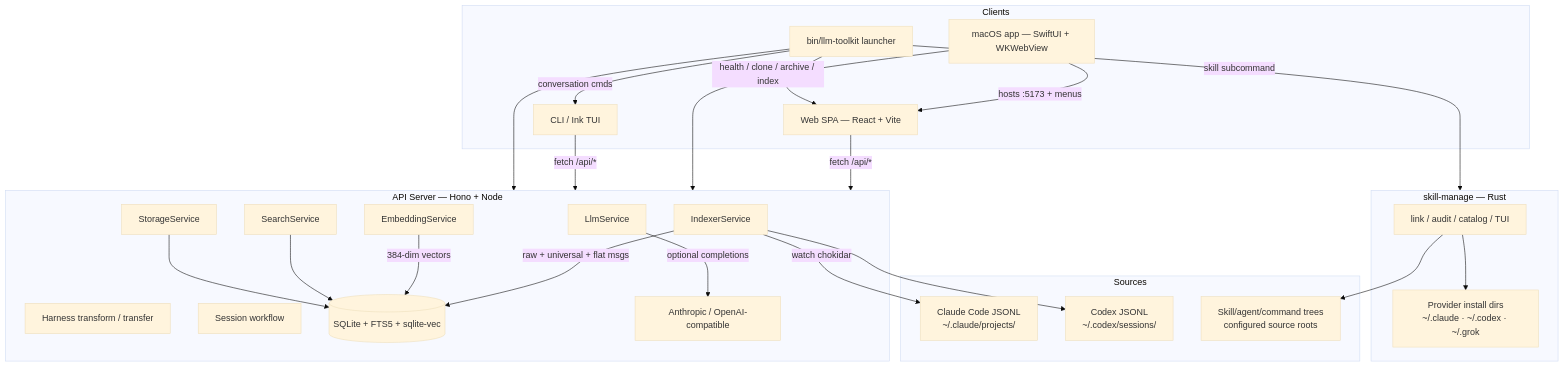
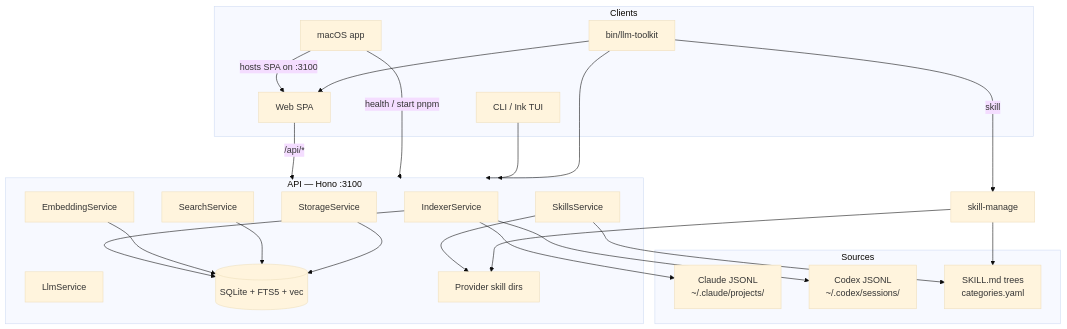
Before and after one commit to the-robot-lives/llm-toolkit: the diagram in docs/PROJ-ARCH.md, drawn with Mermaid (base theme). The commit also changed other lines of this file and 66 other files, not shown here.

First line of the commit message:
feat: add skills, agents, commands, and MCP library plus macOS install

````diff
--- a/docs/PROJ-ARCH.md
+++ b/docs/PROJ-ARCH.md
@@ -13,47 +13,42 @@
 ```mermaid
 graph TB
     subgraph Sources
-        CC["Claude Code JSONL<br/>~/.claude/projects/"]
+        CC["Claude JSONL<br/>~/.claude/projects/"]
         CX["Codex JSONL<br/>~/.codex/sessions/"]
-        SK["Skill/agent/command trees<br/>configured source roots"]
+        SK["SKILL.md trees<br/>categories.yaml"]
     end
 
-    subgraph API["API Server — Hono + Node"]
+    subgraph API["API — Hono :3100"]
         IDX[IndexerService]
+        STO[StorageService]
+        SRH[SearchService]
         EMB[EmbeddingService]
-        SRH[SearchService]
-        STO[StorageService]
         LLM[LlmService]
-        XFR[Harness transform / transfer]
-        SESS[Session workflow]
-        IDX -->|raw + universal + flat msgs| DB[(SQLite + FTS5 + sqlite-vec)]
-        EMB -->|384-dim vectors| DB
+        SKL[SkillsService]
+        IDX --> DB[(SQLite + FTS5 + vec)]
+        EMB --> DB
         SRH --> DB
         STO --> DB
-        LLM -->|optional completions| EXT["Anthropic / OpenAI-compatible"]
-        IDX -->|watch chokidar| CC
+        SKL --> SK
+        SKL --> DEST["Provider skill dirs"]
+        IDX --> CC
         IDX --> CX
     end
 
     subgraph Clients
-        WEB["Web SPA — React + Vite"]
-        MAC["macOS app — SwiftUI + WKWebView"]
+        WEB["Web SPA"]
+        MAC["macOS app"]
         CLI["CLI / Ink TUI"]
-        BIN["bin/llm-toolkit launcher"]
+        BIN["bin/llm-toolkit"]
     end
 
-    subgraph SkillManage["skill-manage — Rust"]
-        SM[link / audit / catalog / TUI]
-        SM --> SK
-        SM --> DEST["Provider install dirs<br/>~/.claude · ~/.codex · ~/.grok"]
-    end
-
-    WEB -->|fetch /api/*| API
-    MAC -->|hosts :5173 + menus| WEB
-    MAC -->|health / clone / archive / index| API
-    CLI -->|fetch /api/*| API
+    WEB -->|/api/*| API
+    MAC -->|hosts SPA on :3100| WEB
+    MAC -->|health / start pnpm| API
+    CLI --> API
+    BIN --> API
     BIN --> WEB
-    BIN --> API
-    BIN -->|skill subcommand| SkillManage
-    BIN -->|conversation cmds| CLI
+    BIN -->|skill| SM[skill-manage]
+    SM --> SK
+    SM --> DEST
 ```
````
